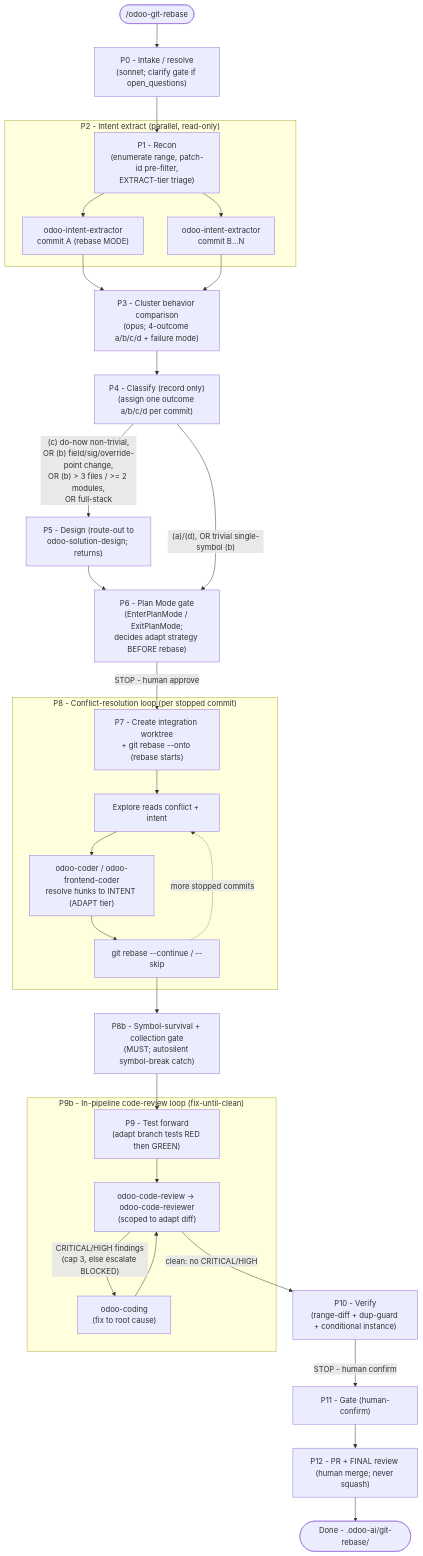
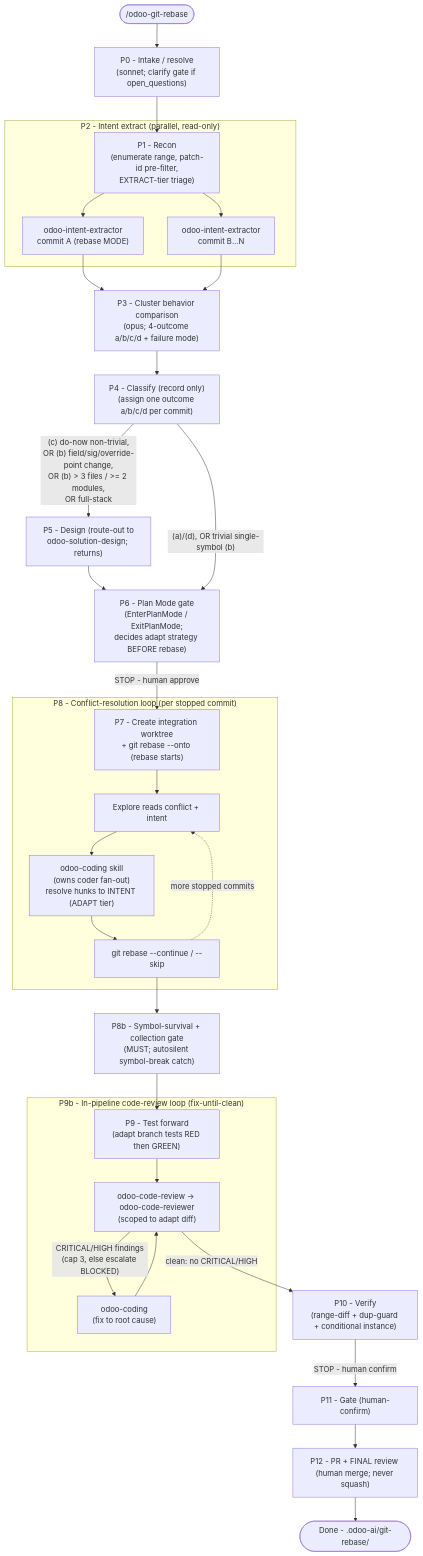
The sixth of 8 diagrams in plugins/odoo-ai-agents/README.md (Viindoo/odoo-mcp-client), drawn with Mermaid before and after one commit. The commit also changed other lines of this file and 21 other files, not shown here.

````diff
--- a/plugins/odoo-ai-agents/README.md
+++ b/plugins/odoo-ai-agents/README.md
@@ -407,41 +409,41 @@
 ```mermaid
 flowchart TD
     START(["/odoo-git-rebase"])
     START --> P0["P0 - Intake / resolve<br/>(sonnet; clarify gate if open_questions)"]
     P0 --> P1["P1 - Recon<br/>(enumerate range, patch-id pre-filter,<br/>EXTRACT-tier triage)"]
 
     subgraph P2_grp["P2 - Intent extract (parallel, read-only)"]
         P1 --> IE1["odoo-intent-extractor<br/>commit A (rebase MODE)"]
         P1 --> IE2["odoo-intent-extractor<br/>commit B...N"]
     end
 
     IE1 --> P3["P3 - Cluster behavior comparison<br/>(opus; 4-outcome a/b/c/d + failure mode)"]
     IE2 --> P3
     P3 --> P4["P4 - Classify (record only)<br/>(assign one outcome a/b/c/d per commit)"]
 
     P4 -->|"(c) do-now non-trivial,<br/>OR (b) field/sig/override-point change,<br/>OR (b) > 3 files / >= 2 modules,<br/>OR full-stack"| P5["P5 - Design (route-out to<br/>odoo-solution-design; returns)"]
     P5 --> P6_gate
     P4 -->|"(a)/(d), OR trivial single-symbol (b)"| P6_gate["P6 - Plan Mode gate<br/>(EnterPlanMode / ExitPlanMode;<br/>decides adapt strategy BEFORE rebase)"]
     P6_gate -->|"STOP - human approve"| P7["P7 - Create integration worktree<br/>+ git rebase --onto (rebase starts)"]
 
     subgraph P8_grp["P8 - Conflict-resolution loop (per stopped commit)"]
         P7 --> CR1["Explore reads conflict + intent"]
-        CR1 --> CR2["odoo-coder / odoo-frontend-coder<br/>resolve hunks to INTENT (ADAPT tier)"]
+        CR1 --> CR2["odoo-coding skill<br/>(owns coder fan-out)<br/>resolve hunks to INTENT (ADAPT tier)"]
         CR2 --> CR3["git rebase --continue / --skip"]
         CR3 -.->|"more stopped commits"| CR1
     end
 
     CR3 --> P8b["P8b - Symbol-survival + collection gate<br/>(MUST; autosilent symbol-break catch)"]
     P8b --> P9["P9 - Test forward<br/>(adapt branch tests RED then GREEN)"]
 
     subgraph P9b_grp["P9b - In-pipeline code-review loop (fix-until-clean)"]
         P9 --> RV["odoo-code-review -> odoo-code-reviewer<br/>(scoped to adapt diff)"]
         RV -->|"CRITICAL/HIGH findings<br/>(cap 3, else escalate BLOCKED)"| FX["odoo-coding<br/>(fix to root cause)"]
         FX --> RV
     end
 
     RV -->|"clean: no CRITICAL/HIGH"| P10["P10 - Verify<br/>(range-diff + dup-guard + conditional instance)"]
     P10 -->|"STOP - human confirm"| P11["P11 - Gate (human-confirm)"]
     P11 --> P12["P12 - PR + FINAL review (human merge; never squash)"]
     P12 --> DONE(["Done - .odoo-ai/git-rebase/"])
 ```
````
